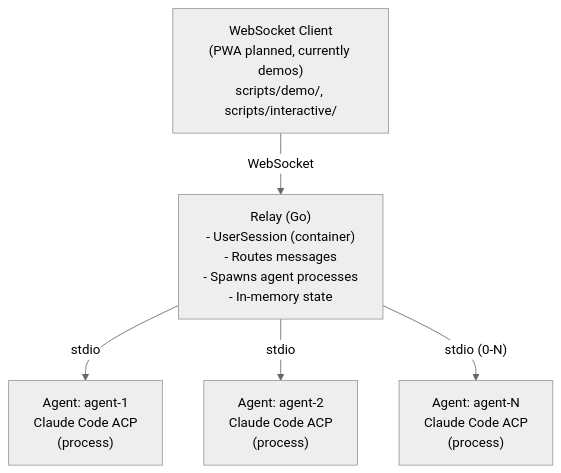
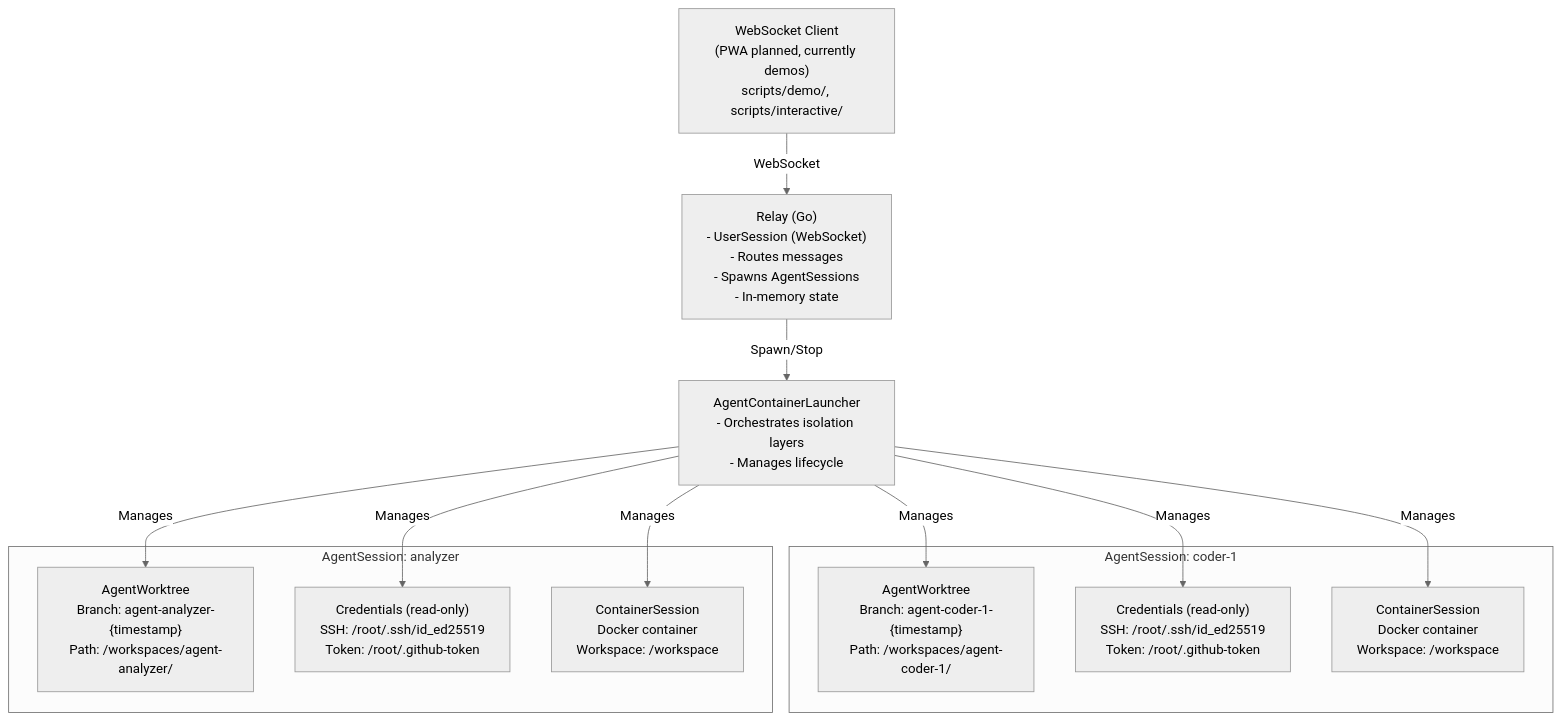
The first of 2 diagrams in docs/ARCHITECTURE.md (2389-research/ourocodus), drawn with Mermaid (neutral theme) before and after one commit. The commit also changed other lines of this file and 14 other files, not shown here.

First line of the commit message:
feat: Add AgentSession isolation foundation (#105, #106, #109)

````diff
--- a/docs/ARCHITECTURE.md
+++ b/docs/ARCHITECTURE.md
@@ -7,13 +7,27 @@
 ```mermaid
 flowchart TD
     Client["WebSocket Client<br/>(PWA planned, currently demos)<br/>scripts/demo/, scripts/interactive/"]
-    Relay["Relay (Go)<br/>- UserSession (container)<br/>- Routes messages<br/>- Spawns agent processes<br/>- In-memory state"]
-    AgentA["Agent: agent-1<br/>Claude Code ACP<br/>(process)"]
-    AgentB["Agent: agent-2<br/>Claude Code ACP<br/>(process)"]
-    AgentC["Agent: agent-N<br/>Claude Code ACP<br/>(process)"]
+    Relay["Relay (Go)<br/>- UserSession (WebSocket)<br/>- Routes messages<br/>- Spawns AgentSessions<br/>- In-memory state"]
+    Launcher["AgentContainerLauncher<br/>- Orchestrates isolation layers<br/>- Manages lifecycle"]
+
+    subgraph "AgentSession: coder-1"
+        WT1["AgentWorktree<br/>Branch: agent-coder-1-{timestamp}<br/>Path: /workspaces/agent-coder-1/"]
+        Cred1["Credentials (read-only)<br/>SSH: /root/.ssh/id_ed25519<br/>Token: /root/.github-token"]
+        Container1["ContainerSession<br/>Docker container<br/>Workspace: /workspace"]
+    end
+
+    subgraph "AgentSession: analyzer"
+        WT2["AgentWorktree<br/>Branch: agent-analyzer-{timestamp}<br/>Path: /workspaces/agent-analyzer/"]
+        Cred2["Credentials (read-only)<br/>SSH: /root/.ssh/id_ed25519<br/>Token: /root/.github-token"]
+        Container2["ContainerSession<br/>Docker container<br/>Workspace: /workspace"]
+    end
 
     Client -->|"WebSocket"| Relay
-    Relay -->|"stdio"| AgentA
-    Relay -->|"stdio"| AgentB
-    Relay -->|"stdio (0-N)"| AgentC
+    Relay -->|"Spawn/Stop"| Launcher
+    Launcher -->|"Manages"| WT1
+    Launcher -->|"Manages"| Cred1
+    Launcher -->|"Manages"| Container1
+    Launcher -->|"Manages"| WT2
+    Launcher -->|"Manages"| Cred2
+    Launcher -->|"Manages"| Container2
 ```
````
